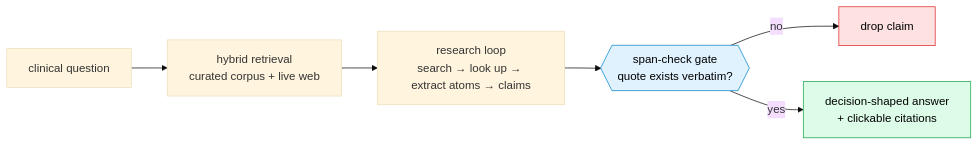
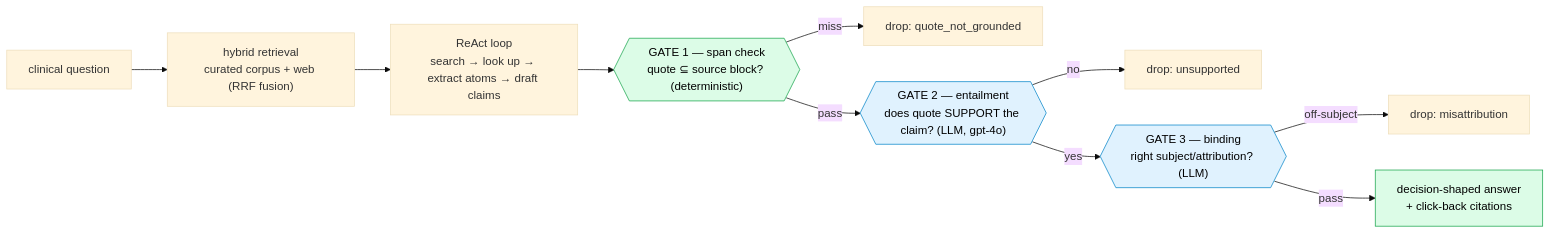
Before and after one commit to 4sgupta828/noesis: the diagram in posts/linkedin.md, drawn with Mermaid (base theme). The commit also changed other lines of this file, not shown here.

````diff
--- a/posts/linkedin.md
+++ b/posts/linkedin.md
@@ -25,11 +27,16 @@
 ```mermaid
 flowchart LR
-    Q["clinical question"] --> RET["hybrid retrieval<br/>curated corpus + live web"]
-    RET --> LOOP["research loop<br/>search → look up → extract atoms → claims"]
-    LOOP --> GATE{{"span-check gate<br/>quote exists verbatim?"}}
-    GATE -->|no| DROP["drop claim"]
-    GATE -->|yes| ANS["decision-shaped answer<br/>+ clickable citations"]
-    style GATE fill:#e0f2fe,stroke:#0284c7,color:#000
+    Q["clinical question"] --> RET["hybrid retrieval<br/>curated corpus + web (RRF fusion)"]
+    RET --> LOOP["ReAct loop<br/>search → look up → extract atoms → draft claims"]
+    LOOP --> G1{{"GATE 1 — span check<br/>quote ⊆ source block? (deterministic)"}}
+    G1 -->|miss| D1["drop: quote_not_grounded"]
+    G1 -->|pass| G2{{"GATE 2 — entailment<br/>does quote SUPPORT the claim? (LLM, gpt-4o)"}}
+    G2 -->|no| D2["drop: unsupported"]
+    G2 -->|yes| G3{{"GATE 3 — binding<br/>right subject/attribution? (LLM)"}}
+    G3 -->|off-subject| D3["drop: misattribution"]
+    G3 -->|pass| ANS["decision-shaped answer<br/>+ click-back citations"]
+    style G1 fill:#dcfce7,stroke:#16a34a,color:#000
+    style G2 fill:#e0f2fe,stroke:#0284c7,color:#000
+    style G3 fill:#e0f2fe,stroke:#0284c7,color:#000
     style ANS fill:#dcfce7,stroke:#16a34a,color:#000
-    style DROP fill:#fee2e2,stroke:#dc2626,color:#000
 ```
````
